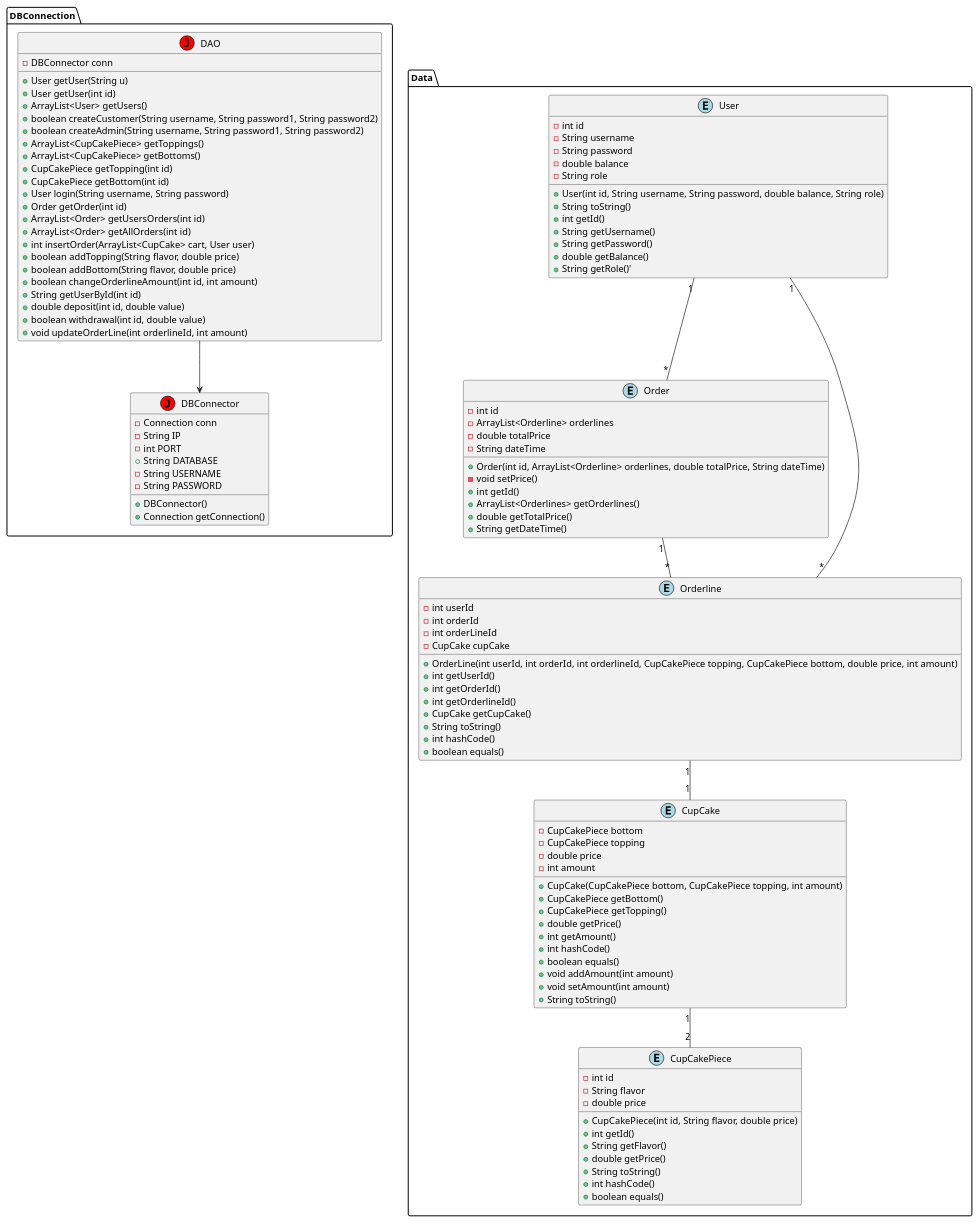
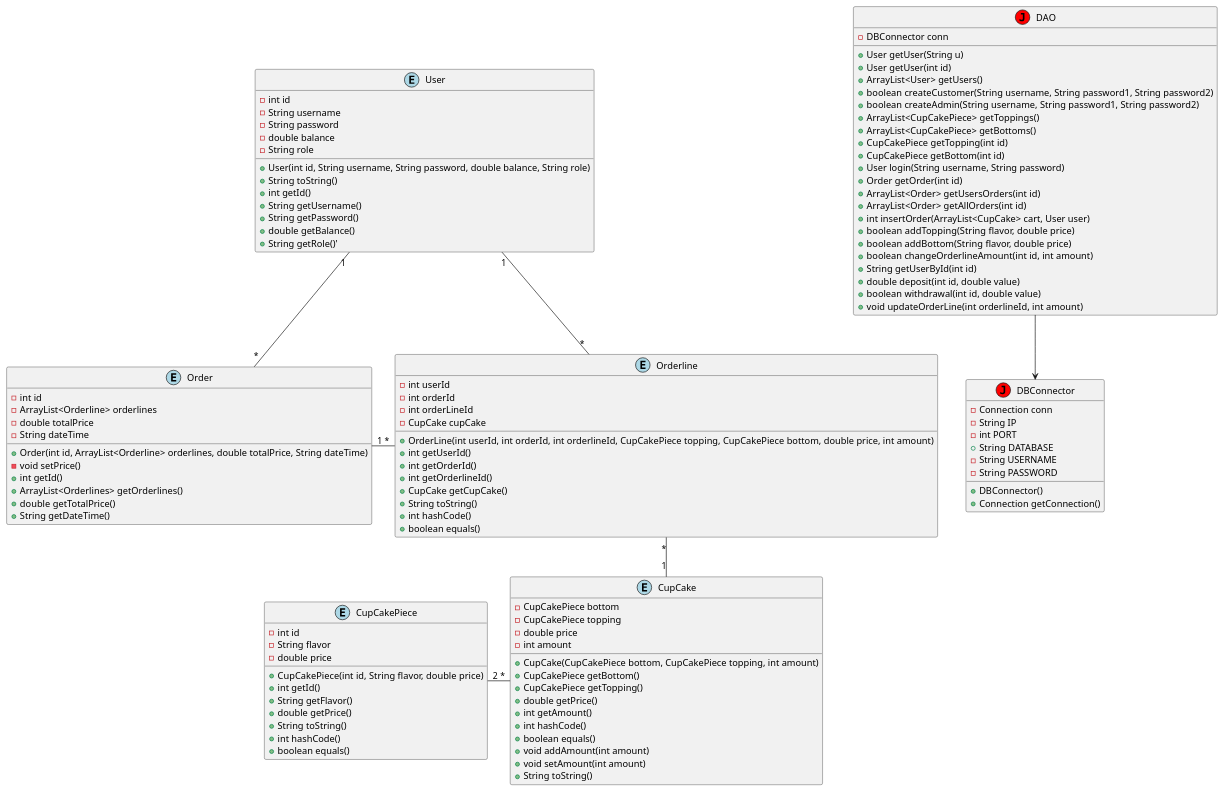
The diagram in src/main/java/UML/ClassDiagram.puml (NikolajX4000/CupCakeWebShop), drawn with PlantUML before and after one commit.

```diff
--- a/src/main/java/UML/ClassDiagram.puml
+++ b/src/main/java/UML/ClassDiagram.puml
@@ -1,113 +1,109 @@
 @startuml
 
 skinparam shadowing false
 
-package DBConnection{
 class DAO << (J,red) >>
 class DBConnector << (J,red) >>
-}
-package Data{
 class CupCake << (E,lightblue) >>
 class CupCakePiece << (E,lightblue) >>
 class Order << (E,lightblue) >>
 class Orderline << (E,lightblue) >>
 class User << (E,lightblue) >>
-}
 
 CupCake : - CupCakePiece bottom
 CupCake : - CupCakePiece topping
 CupCake : - double price
 CupCake : - int amount
 CupCake : + CupCake(CupCakePiece bottom, CupCakePiece topping, int amount)
 CupCake : + CupCakePiece getBottom()
 CupCake : + CupCakePiece getTopping()
 CupCake : + double getPrice()
 CupCake : + int getAmount()
 CupCake : + int hashCode()
 CupCake : + boolean equals()
 CupCake : + void addAmount(int amount)
 CupCake : + void setAmount(int amount)
 CupCake : + String toString()
 CupCakePiece : - int id
 CupCakePiece : - String flavor
 CupCakePiece : - double price
 CupCakePiece : + CupCakePiece(int id, String flavor, double price)
 CupCakePiece : + int getId()
 CupCakePiece : + String getFlavor()
 CupCakePiece : + double getPrice()
 CupCakePiece : + String toString()
 CupCakePiece : + int hashCode()
 CupCakePiece : + boolean equals()
 Order : - int id
 Order : - ArrayList<Orderline> orderlines
 Order : - double totalPrice
 Order : - String dateTime
 Order : + Order(int id, ArrayList<Orderline> orderlines, double totalPrice, String dateTime)
 Order : - void setPrice()
 Order : + int getId()
 Order : + ArrayList<Orderlines> getOrderlines()
 Order : + double getTotalPrice()
 Order : + String getDateTime()
 Orderline : - int userId
 Orderline : - int orderId
 Orderline : - int orderLineId
 Orderline : - CupCake cupCake
 Orderline : + OrderLine(int userId, int orderId, int orderlineId, CupCakePiece topping, CupCakePiece bottom, double price, int amount)
 Orderline : + int getUserId()
 Orderline : + int getOrderId()
 Orderline : + int getOrderlineId()
 Orderline : + CupCake getCupCake()
 Orderline : + String toString()
 Orderline : + int hashCode()
 Orderline : + boolean equals()
 User : - int id
 User : - String username
 User : - String password
 User : - double balance
 User : - String role
 User : + User(int id, String username, String password, double balance, String role)
 User : + String toString()
 User : + int getId()
 User : + String getUsername()
 User : + String getPassword()
 User : + double getBalance()
 User : + String getRole()'
 DAO : - DBConnector conn
 DAO : + User getUser(String u)
 DAO : + User getUser(int id)
 DAO : + ArrayList<User> getUsers()
 DAO : + boolean createCustomer(String username, String password1, String password2)
 DAO : + boolean createAdmin(String username, String password1, String password2)
 DAO : + ArrayList<CupCakePiece> getToppings()
 DAO : + ArrayList<CupCakePiece> getBottoms()
 DAO : + CupCakePiece getTopping(int id)
 DAO : + CupCakePiece getBottom(int id)
 DAO : + User login(String username, String password)
 DAO : + Order getOrder(int id)
 DAO : + ArrayList<Order> getUsersOrders(int id)
 DAO : + ArrayList<Order> getAllOrders(int id)
 DAO : + int insertOrder(ArrayList<CupCake> cart, User user)
 DAO : + boolean addTopping(String flavor, double price)
 DAO : + boolean addBottom(String flavor, double price)
 DAO : + boolean changeOrderlineAmount(int id, int amount)
 DAO : + String getUserById(int id)
 DAO : + double deposit(int id, double value)
 DAO : + boolean withdrawal(int id, double value)
 DAO : + void updateOrderLine(int orderlineId, int amount)
 DBConnector : - Connection conn
 DBConnector : - String IP
 DBConnector : - int PORT
 DBConnector : + String DATABASE
 DBConnector : - String USERNAME
 DBConnector : - String PASSWORD
 DBConnector : + DBConnector()
 DBConnector : + Connection getConnection()
 
-CupCake "1" -- "2" CupCakePiece
-Order "1" -- "*" Orderline
-Orderline "1" -- "1" CupCake
+CupCake "*" -left- "2" CupCakePiece
+Order "1" -right- "*" Orderline
+Orderline "*" -- "1" CupCake
 User "1" -- "*" Order
 User "1" -- "*" Orderline
 DAO --> DBConnector
 
 @enduml
```
